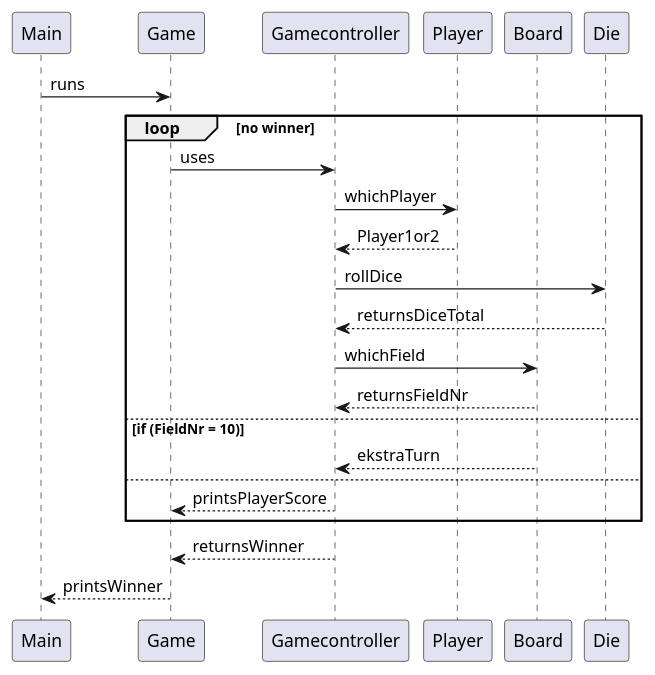
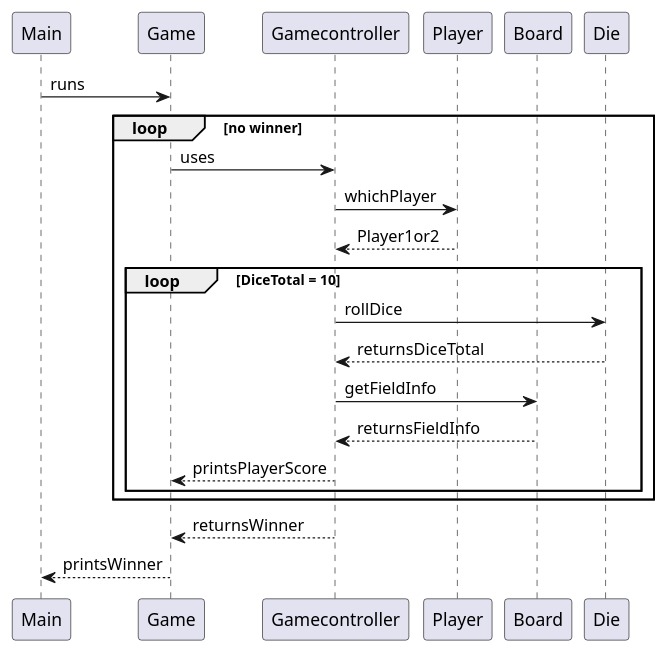
One commit to fmerlung/G05_del2 changed the diagram in models/SystemSequenceDiagram.puml. Above: the diagram before and after it, drawn with PlantUML.

Commit message:
minor edits to SSD

```diff
--- a/models/SystemSequenceDiagram.puml
+++ b/models/SystemSequenceDiagram.puml
@@ -1,30 +1,28 @@
 @startuml
 
 
 participant Main
 participant Game
 participant Gamecontroller
 participant Player
 participant Board
 participant Die
 
 
 Main -> Game : runs
 loop no winner
 Game -> Gamecontroller : uses
 Gamecontroller -> Player : whichPlayer
 Player --> Gamecontroller : Player1or2
+loop DiceTotal = 10
 Gamecontroller -> Die : rollDice
 Die --> Gamecontroller : returnsDiceTotal
-Gamecontroller -> Board : whichField
-Board --> Gamecontroller : returnsFieldNr
-else if (FieldNr = 10)
-Board --> Gamecontroller : ekstraTurn
-else
+Gamecontroller -> Board : getFieldInfo
+Board --> Gamecontroller : returnsFieldInfo
 Gamecontroller --> Game : printsPlayerScore
-
+end
 end
 Gamecontroller --> Game : returnsWinner
 Game --> Main : printsWinner
 
 @enduml
```
